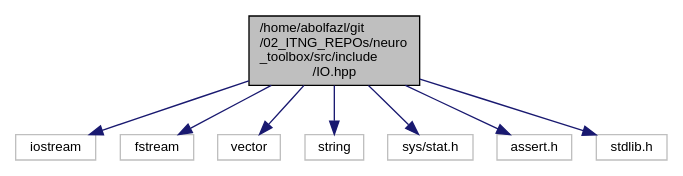
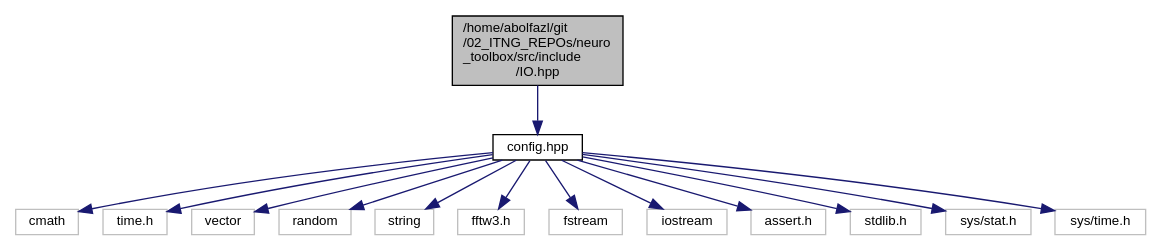
One commit to Ziaeemehr/neuro_toolbox changed the diagram in docs/IO_8hpp__incl.dot. Above: the diagram before and after it, drawn with Graphviz. The commit also changed 78 other files, not shown here.

Commit message:
docs updated. config.hpp added.

```diff
--- a/docs/IO_8hpp__incl.dot
+++ b/docs/IO_8hpp__incl.dot
@@ -1,20 +1,32 @@
 digraph "/home/abolfazl/git/02_ITNG_REPOs/neuro_toolbox/src/include/IO.hpp"
 {
   edge [fontname="Helvetica",fontsize="10",labelfontname="Helvetica",labelfontsize="10"];
   node [fontname="Helvetica",fontsize="10",shape=record];
   Node0 [label="/home/abolfazl/git\l/02_ITNG_REPOs/neuro\l_toolbox/src/include\l/IO.hpp",height=0.2,width=0.4,color="black", fillcolor="grey75", style="filled", fontcolor="black"];
   Node0 -> Node1 [color="midnightblue",fontsize="10",style="solid",fontname="Helvetica"];
-  Node1 [label="iostream",height=0.2,width=0.4,color="grey75", fillcolor="white", style="filled"];
-  Node0 -> Node2 [color="midnightblue",fontsize="10",style="solid",fontname="Helvetica"];
-  Node2 [label="fstream",height=0.2,width=0.4,color="grey75", fillcolor="white", style="filled"];
-  Node0 -> Node3 [color="midnightblue",fontsize="10",style="solid",fontname="Helvetica"];
-  Node3 [label="vector",height=0.2,width=0.4,color="grey75", fillcolor="white", style="filled"];
-  Node0 -> Node4 [color="midnightblue",fontsize="10",style="solid",fontname="Helvetica"];
-  Node4 [label="string",height=0.2,width=0.4,color="grey75", fillcolor="white", style="filled"];
-  Node0 -> Node5 [color="midnightblue",fontsize="10",style="solid",fontname="Helvetica"];
-  Node5 [label="sys/stat.h",height=0.2,width=0.4,color="grey75", fillcolor="white", style="filled"];
-  Node0 -> Node6 [color="midnightblue",fontsize="10",style="solid",fontname="Helvetica"];
-  Node6 [label="assert.h",height=0.2,width=0.4,color="grey75", fillcolor="white", style="filled"];
-  Node0 -> Node7 [color="midnightblue",fontsize="10",style="solid",fontname="Helvetica"];
-  Node7 [label="stdlib.h",height=0.2,width=0.4,color="grey75", fillcolor="white", style="filled"];
+  Node1 [label="config.hpp",height=0.2,width=0.4,color="black", fillcolor="white", style="filled",URL="$config_8hpp.html"];
+  Node1 -> Node2 [color="midnightblue",fontsize="10",style="solid",fontname="Helvetica"];
+  Node2 [label="cmath",height=0.2,width=0.4,color="grey75", fillcolor="white", style="filled"];
+  Node1 -> Node3 [color="midnightblue",fontsize="10",style="solid",fontname="Helvetica"];
+  Node3 [label="time.h",height=0.2,width=0.4,color="grey75", fillcolor="white", style="filled"];
+  Node1 -> Node4 [color="midnightblue",fontsize="10",style="solid",fontname="Helvetica"];
+  Node4 [label="vector",height=0.2,width=0.4,color="grey75", fillcolor="white", style="filled"];
+  Node1 -> Node5 [color="midnightblue",fontsize="10",style="solid",fontname="Helvetica"];
+  Node5 [label="random",height=0.2,width=0.4,color="grey75", fillcolor="white", style="filled"];
+  Node1 -> Node6 [color="midnightblue",fontsize="10",style="solid",fontname="Helvetica"];
+  Node6 [label="string",height=0.2,width=0.4,color="grey75", fillcolor="white", style="filled"];
+  Node1 -> Node7 [color="midnightblue",fontsize="10",style="solid",fontname="Helvetica"];
+  Node7 [label="fftw3.h",height=0.2,width=0.4,color="grey75", fillcolor="white", style="filled"];
+  Node1 -> Node8 [color="midnightblue",fontsize="10",style="solid",fontname="Helvetica"];
+  Node8 [label="fstream",height=0.2,width=0.4,color="grey75", fillcolor="white", style="filled"];
+  Node1 -> Node9 [color="midnightblue",fontsize="10",style="solid",fontname="Helvetica"];
+  Node9 [label="iostream",height=0.2,width=0.4,color="grey75", fillcolor="white", style="filled"];
+  Node1 -> Node10 [color="midnightblue",fontsize="10",style="solid",fontname="Helvetica"];
+  Node10 [label="assert.h",height=0.2,width=0.4,color="grey75", fillcolor="white", style="filled"];
+  Node1 -> Node11 [color="midnightblue",fontsize="10",style="solid",fontname="Helvetica"];
+  Node11 [label="stdlib.h",height=0.2,width=0.4,color="grey75", fillcolor="white", style="filled"];
+  Node1 -> Node12 [color="midnightblue",fontsize="10",style="solid",fontname="Helvetica"];
+  Node12 [label="sys/stat.h",height=0.2,width=0.4,color="grey75", fillcolor="white", style="filled"];
+  Node1 -> Node13 [color="midnightblue",fontsize="10",style="solid",fontname="Helvetica"];
+  Node13 [label="sys/time.h",height=0.2,width=0.4,color="grey75", fillcolor="white", style="filled"];
 }
```
